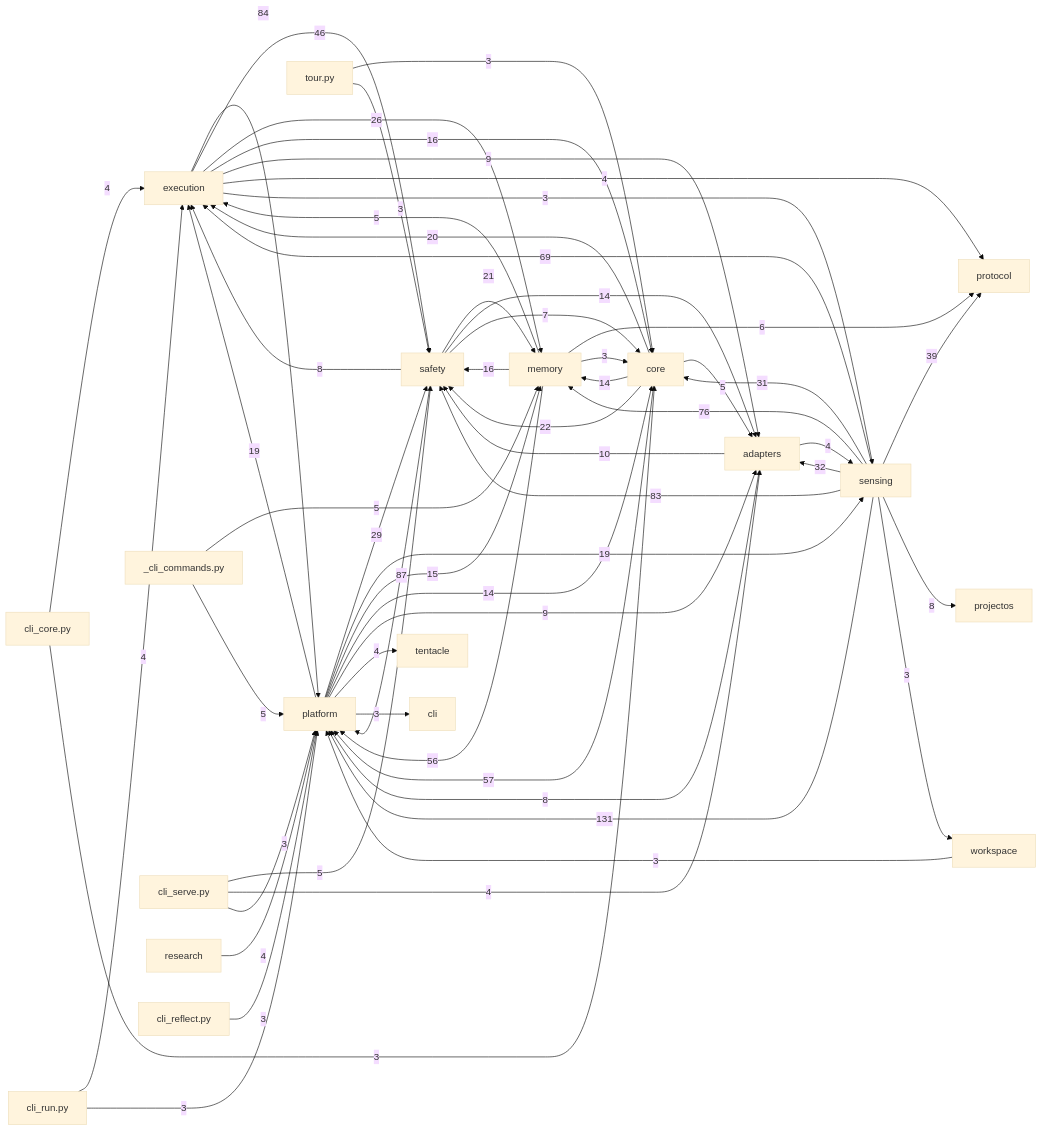
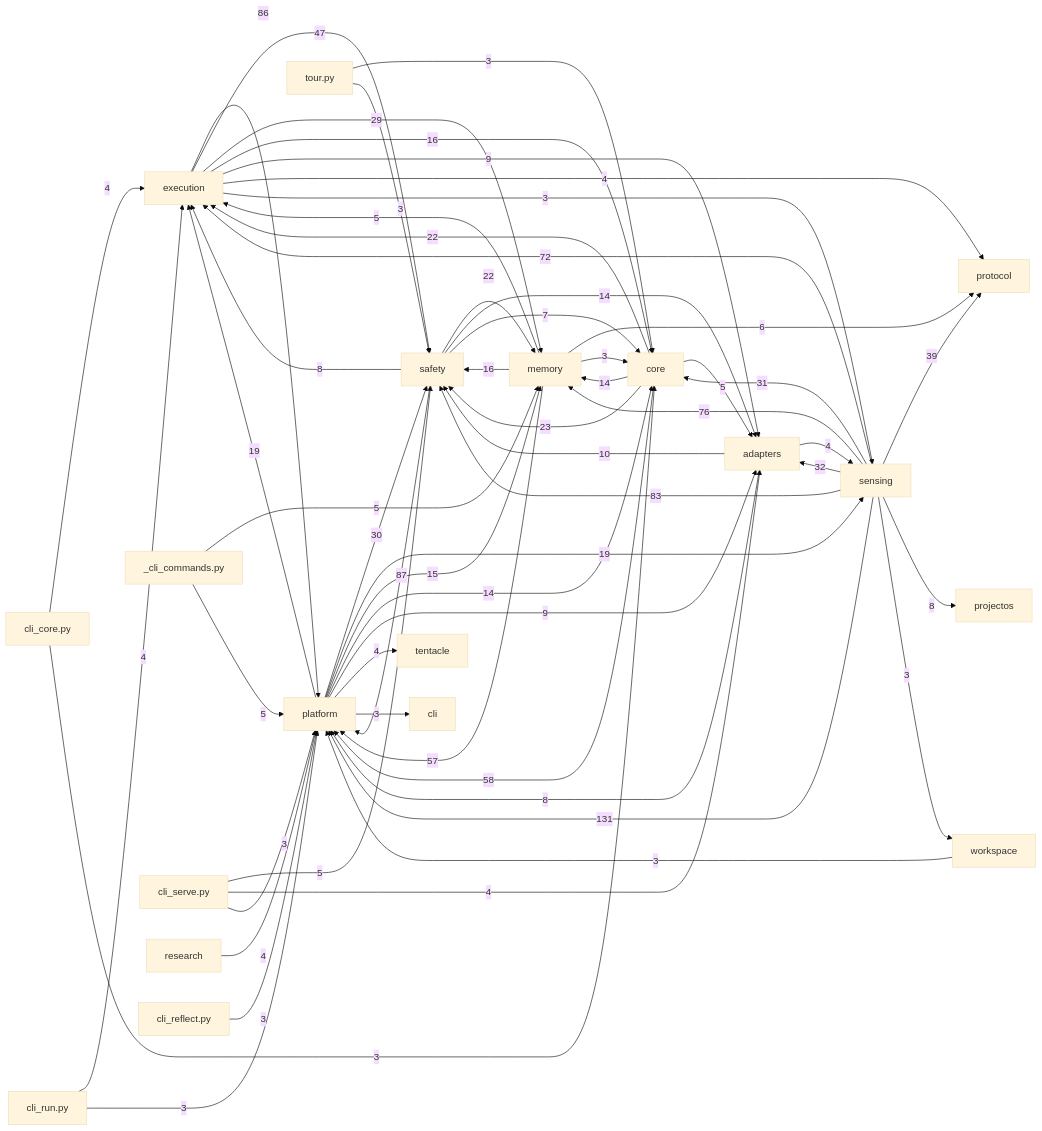
The diagram in docs/auto/20-backend/index.md (dengdenghua/octopus-agent), drawn with Mermaid (base theme) before and after one commit. The commit also changed 29 other files, not shown here.

````diff
--- a/docs/auto/20-backend/index.md
+++ b/docs/auto/20-backend/index.md
@@ -26,66 +26,66 @@
 ```mermaid
 graph LR
   execution[execution]
   core[core]
   safety[safety]
   memory[memory]
   sensing[sensing]
   adapters[adapters]
   platform[platform]
   sensing -- 131 --> platform
   safety -- 87 --> platform
-  execution -- 84 --> platform
+  execution -- 86 --> platform
   sensing -- 83 --> safety
   sensing -- 76 --> memory
-  sensing -- 69 --> execution
-  core -- 57 --> platform
-  memory -- 56 --> platform
-  execution -- 46 --> safety
+  sensing -- 72 --> execution
+  core -- 58 --> platform
+  memory -- 57 --> platform
+  execution -- 47 --> safety
   sensing -- 39 --> protocol
   sensing -- 32 --> adapters
   sensing -- 31 --> core
-  platform -- 29 --> safety
-  execution -- 26 --> memory
-  core -- 22 --> safety
-  safety -- 21 --> memory
-  core -- 20 --> execution
+  platform -- 30 --> safety
+  execution -- 29 --> memory
+  core -- 23 --> safety
+  core -- 22 --> execution
+  safety -- 22 --> memory
   platform -- 19 --> execution
   platform -- 19 --> sensing
   execution -- 16 --> core
   memory -- 16 --> safety
   platform -- 15 --> memory
   core -- 14 --> memory
   platform -- 14 --> core
   safety -- 14 --> adapters
   adapters -- 10 --> safety
   execution -- 9 --> adapters
   platform -- 9 --> adapters
   adapters -- 8 --> platform
   safety -- 8 --> execution
   sensing -- 8 --> projectos
   safety -- 7 --> core
   memory -- 6 --> protocol
   _cli_commands.py -- 5 --> memory
   _cli_commands.py -- 5 --> platform
   cli_serve.py -- 5 --> safety
   core -- 5 --> adapters
   memory -- 5 --> execution
   adapters -- 4 --> sensing
   cli_core.py -- 4 --> execution
   cli_run.py -- 4 --> execution
   cli_serve.py -- 4 --> adapters
   execution -- 4 --> protocol
   platform -- 4 --> tentacle
   research -- 4 --> platform
   cli_core.py -- 3 --> core
   cli_reflect.py -- 3 --> platform
   cli_run.py -- 3 --> platform
   cli_serve.py -- 3 --> platform
   execution -- 3 --> sensing
   memory -- 3 --> core
   platform -- 3 --> cli
   sensing -- 3 --> workspace
   tour.py -- 3 --> core
   tour.py -- 3 --> safety
   workspace -- 3 --> platform
 ```
````
